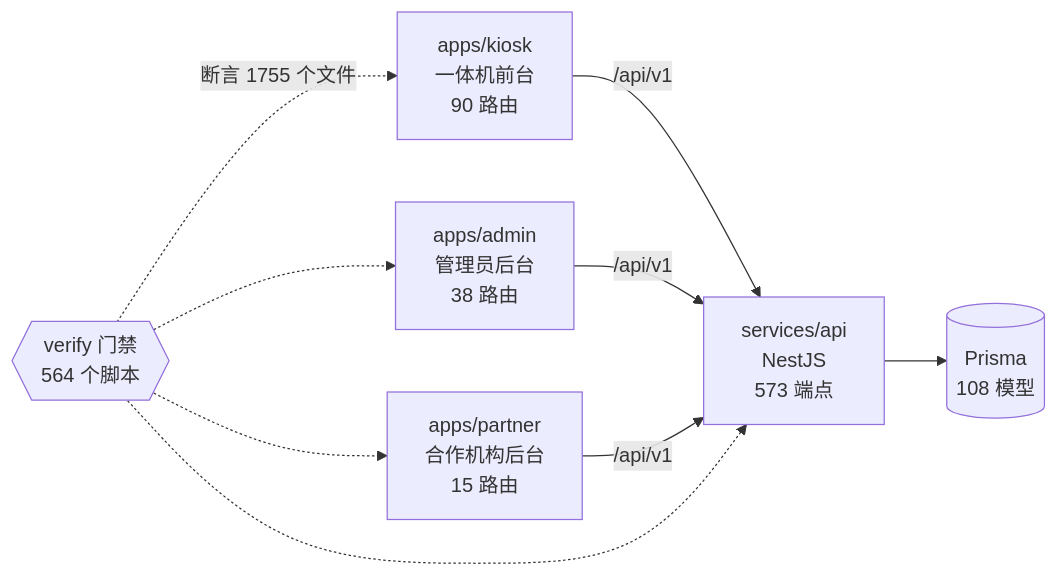
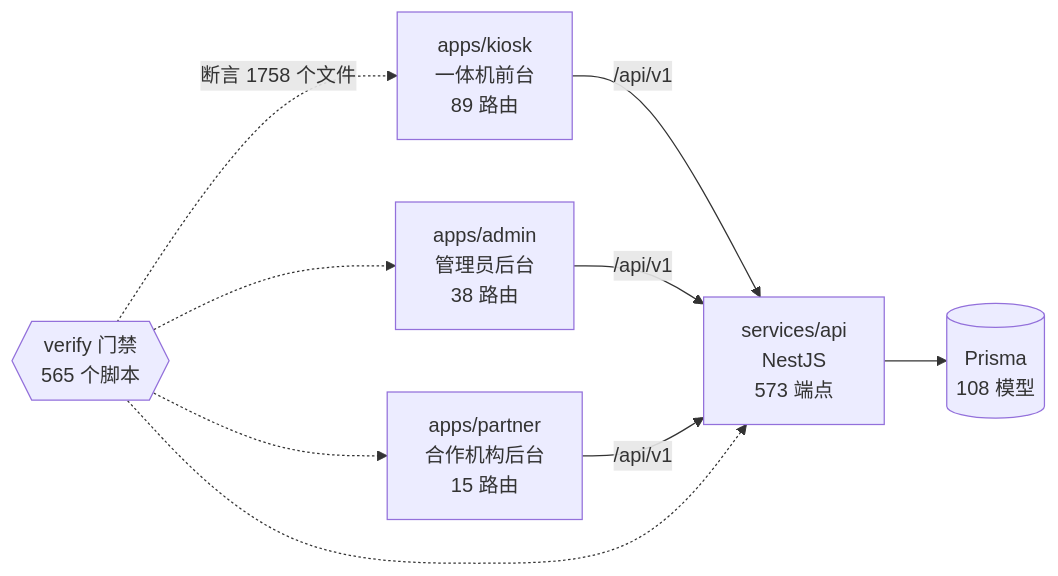
One commit to wanglei581/YITIJI changed the diagram in docs/graph/README.md. Above: the diagram before and after it, drawn with Mermaid. The commit also changed other lines of this file and 1 other file, not shown here.

Commit message:
chore(graph): 并入候选后重生图谱

````diff
--- a/docs/graph/README.md
+++ b/docs/graph/README.md
@@ -68,18 +68,18 @@
 ```mermaid
 flowchart LR
-  kiosk["apps/kiosk<br/>一体机前台<br/>90 路由"]
+  kiosk["apps/kiosk<br/>一体机前台<br/>89 路由"]
   admin["apps/admin<br/>管理员后台<br/>38 路由"]
   partner["apps/partner<br/>合作机构后台<br/>15 路由"]
   api["services/api<br/>NestJS<br/>573 端点"]
   db[("Prisma<br/>108 模型")]
-  gates{{"verify 门禁<br/>564 个脚本"}}
+  gates{{"verify 门禁<br/>565 个脚本"}}
 
   kiosk -->|"/api/v1"| api
   admin -->|"/api/v1"| api
   partner -->|"/api/v1"| api
   api --> db
-  gates -.->|"断言 1755 个文件"| kiosk
+  gates -.->|"断言 1758 个文件"| kiosk
   gates -.-> admin
   gates -.-> partner
   gates -.-> api
 ```
````
